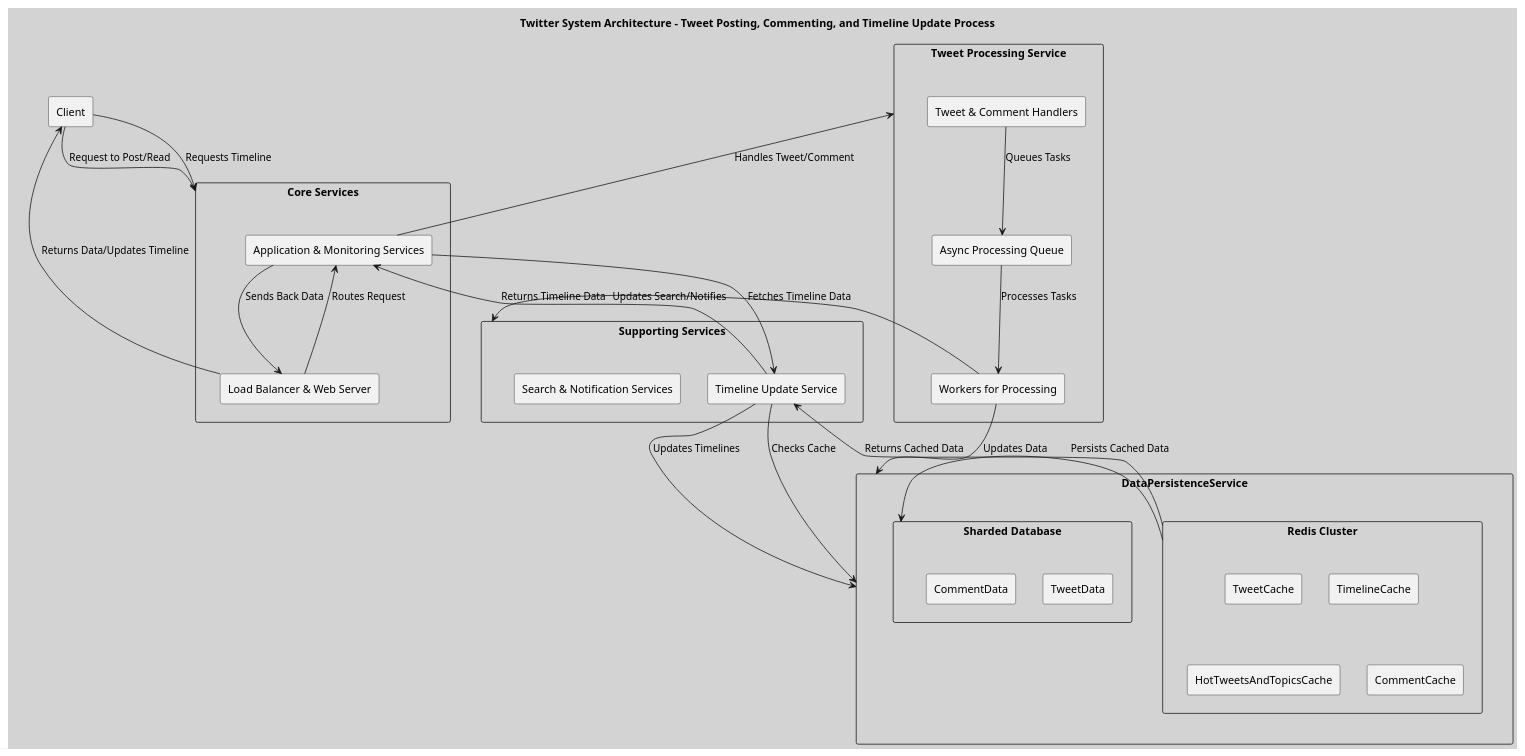
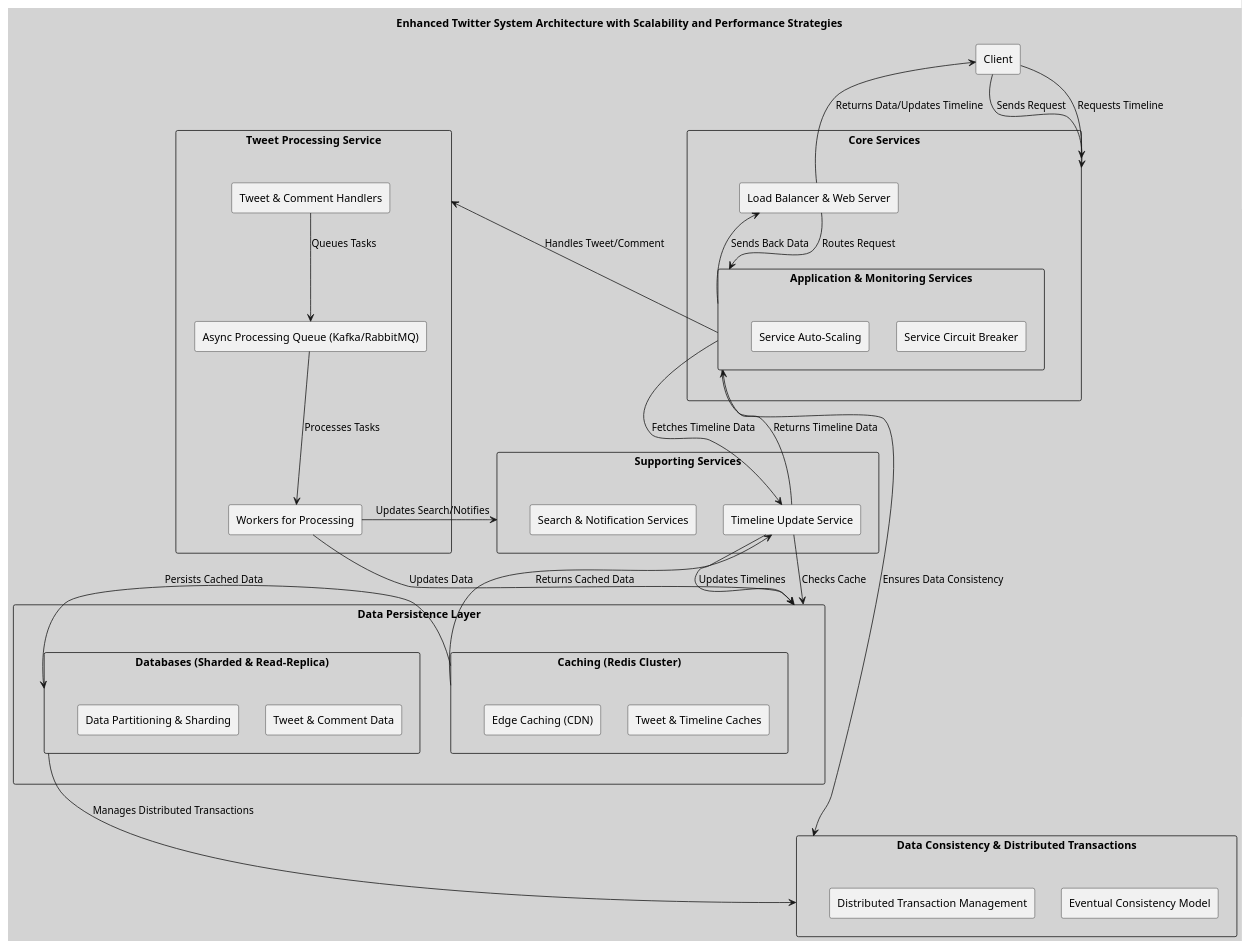
One commit to huangyingw/system_design changed the diagram in twitter/tweet_system_detailed_architecture.puml. Above: the diagram before and after it, drawn with PlantUML.

```diff
--- a/twitter/tweet_system_detailed_architecture.puml
+++ b/twitter/tweet_system_detailed_architecture.puml
@@ -1,55 +1,64 @@
 @startuml
 
 skinparam backgroundColor #D3D3D3
 
-title Twitter System Architecture - Tweet Posting, Commenting, and Timeline Update Process
+title Enhanced Twitter System Architecture with Scalability and Performance Strategies
 
 rectangle Client
 
 rectangle "Core Services" as Core {
     rectangle "Load Balancer & Web Server" as LBWS
-    rectangle "Application & Monitoring Services" as AMS
+    rectangle "Application & Monitoring Services" as AMS {
+        rectangle "Service Circuit Breaker"
+        rectangle "Service Auto-Scaling"
+    }
 }
 
 rectangle "Tweet Processing Service" as TPS {
     rectangle "Tweet & Comment Handlers" as TCH
-    rectangle "Async Processing Queue" as APQ
+    rectangle "Async Processing Queue (Kafka/RabbitMQ)" as APQ
     rectangle "Workers for Processing" as Workers
 }
 
 rectangle "Supporting Services" as SS {
     rectangle "Search & Notification Services" as SNS
     rectangle "Timeline Update Service" as TUS
 }
 
-rectangle "DataPersistenceService" as DPS {
-    rectangle "Redis Cluster" as Redis {
-        rectangle TweetCache
-            rectangle TimelineCache
-            rectangle HotTweetsAndTopicsCache
-        rectangle CommentCache
+rectangle "Data Persistence Layer" as DPS {
+    rectangle "Caching (Redis Cluster)" as Cache {
+        rectangle "Tweet & Timeline Caches"
+        rectangle "Edge Caching (CDN)"
     }
-    rectangle "Sharded Database" as Database {
-        rectangle TweetData
-        rectangle CommentData
+    rectangle "Databases (Sharded & Read-Replica)" as DB {
+        rectangle "Tweet & Comment Data"
+        rectangle "Data Partitioning & Sharding"
     }
 }
 
-Client -down-> Core : Request to Post/Read
+rectangle "Data Consistency & Distributed Transactions" as DCDT {
+    rectangle "Eventual Consistency Model"
+    rectangle "Distributed Transaction Management"
+}
+
+Client -down-> Core : Sends Request
 LBWS -down-> AMS : Routes Request
 AMS -down-> TPS : Handles Tweet/Comment
 TCH -down-> APQ : Queues Tasks
 APQ -down-> Workers : Processes Tasks
 Workers -down-> DPS : Updates Data
-Redis -> Database : Persists Cached Data
+Cache -> DB : Persists Cached Data
 Workers -down-> SS : Updates Search/Notifies
 TUS -down-> DPS : Updates Timelines
 Client -down-> Core : Requests Timeline
 AMS -down-> TUS : Fetches Timeline Data
 TUS -down-> DPS : Checks Cache
-Redis -> TUS : Returns Cached Data
+Cache -> TUS : Returns Cached Data
 TUS -> AMS : Returns Timeline Data
 AMS -> LBWS : Sends Back Data
 LBWS -> Client : Returns Data/Updates Timeline
 
+AMS -right-> DCDT : Ensures Data Consistency
+DB -down-> DCDT : Manages Distributed Transactions
+
 @enduml
```
